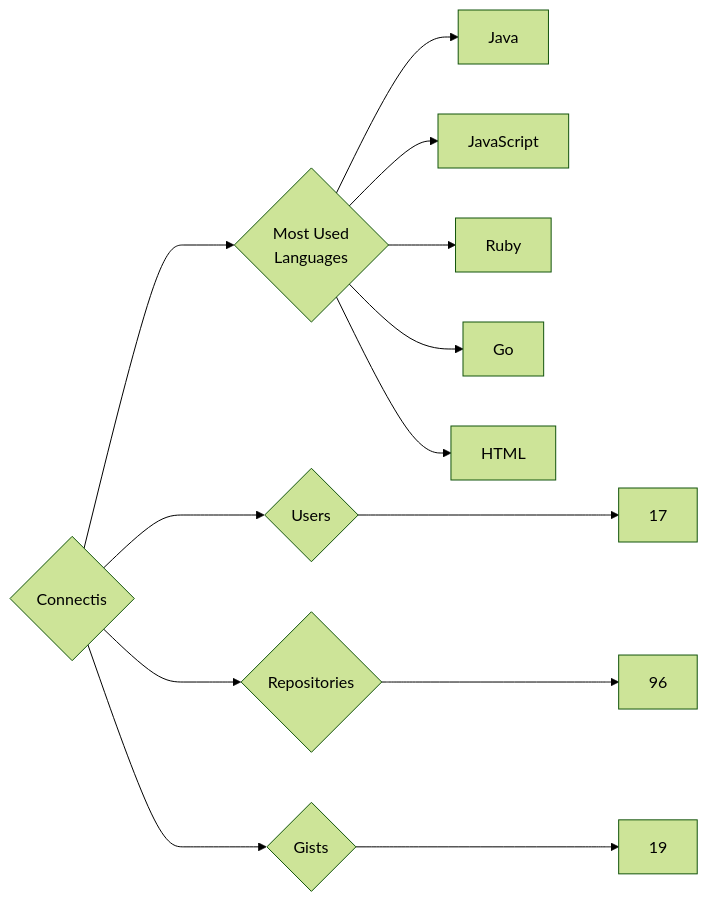
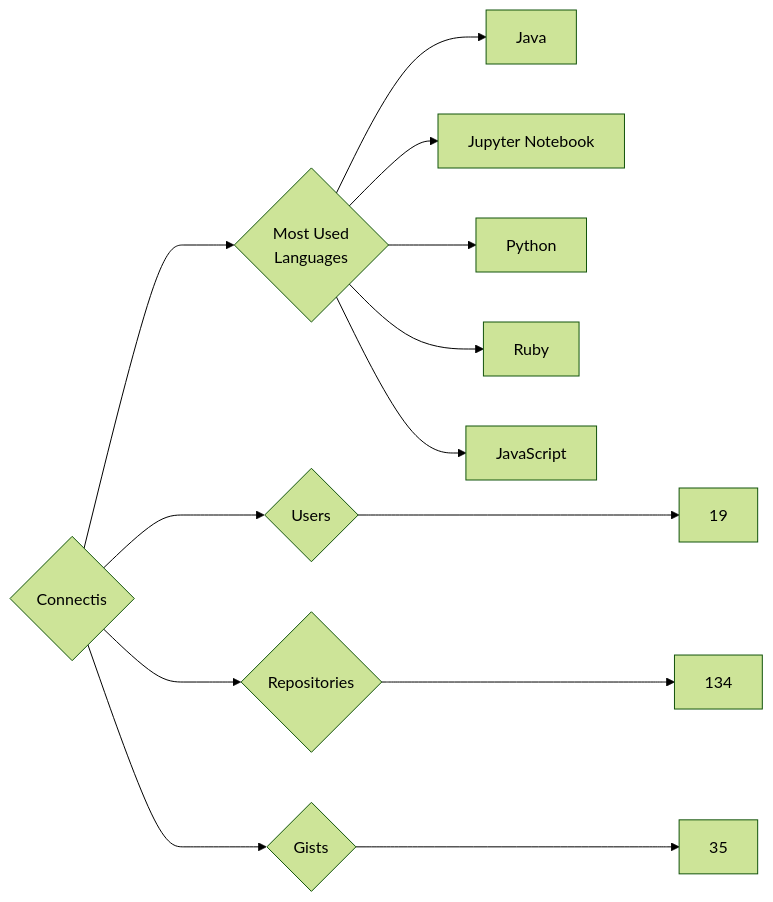
The diagram in targets/Connectis/README.md (trickest/insiders), drawn with Mermaid (forest theme) before and after one commit. The commit also changed 894 other files, not shown here.

````diff
--- a/targets/Connectis/README.md
+++ b/targets/Connectis/README.md
@@ -3,13 +3,13 @@
 ```mermaid
 graph LR
 COMPANY_NAME{Connectis}
-COMPANY_NAME ---> U{Users} ---> UN[17]
-COMPANY_NAME ---> R{Repositories} ---> RN[96]
-COMPANY_NAME ---> G{Gists} ---> GN[19]
+COMPANY_NAME ---> U{Users} ---> UN[19]
+COMPANY_NAME ---> R{Repositories} ---> RN[134]
+COMPANY_NAME ---> G{Gists} ---> GN[35]
 COMPANY_NAME ---> ML{Most Used<br>Languages}
 ML --> Java[Java]
+ML --> Jupyter_Notebook[Jupyter Notebook]
+ML --> Python[Python]
+ML --> Ruby[Ruby]
 ML --> JavaScript[JavaScript]
-ML --> Ruby[Ruby]
-ML --> Go[Go]
-ML --> HTML[HTML]
 ```
````
